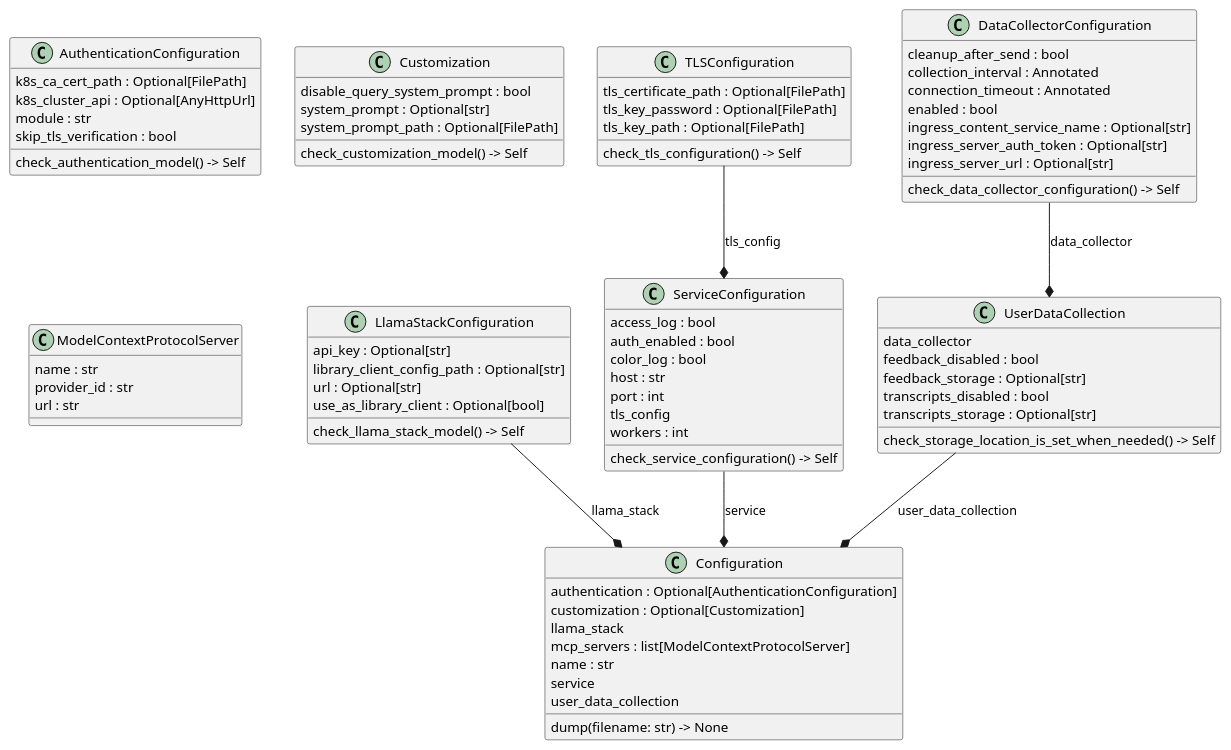
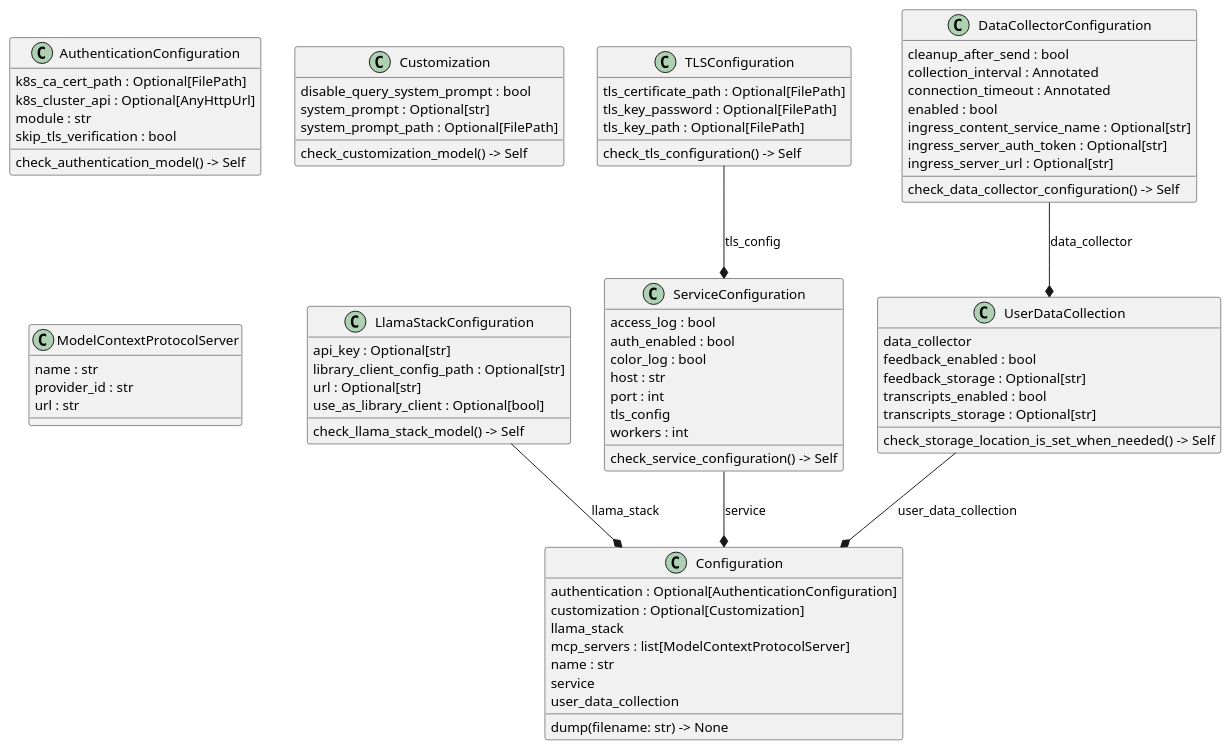
The diagram in docs/config.puml (zszabo-rh/lightspeed-stack), drawn with PlantUML before and after one commit. The commit also changed 23 other files, not shown here.

```diff
--- a/docs/config.puml
+++ b/docs/config.puml
@@ -1,77 +1,77 @@
 @startuml classes
 set namespaceSeparator none
 class "AuthenticationConfiguration" as src.models.config.AuthenticationConfiguration {
   k8s_ca_cert_path : Optional[FilePath]
   k8s_cluster_api : Optional[AnyHttpUrl]
   module : str
   skip_tls_verification : bool
   check_authentication_model() -> Self
 }
 class "Configuration" as src.models.config.Configuration {
   authentication : Optional[AuthenticationConfiguration]
   customization : Optional[Customization]
   llama_stack
   mcp_servers : list[ModelContextProtocolServer]
   name : str
   service
   user_data_collection
   dump(filename: str) -> None
 }
 class "Customization" as src.models.config.Customization {
   disable_query_system_prompt : bool
   system_prompt : Optional[str]
   system_prompt_path : Optional[FilePath]
   check_customization_model() -> Self
 }
 class "DataCollectorConfiguration" as src.models.config.DataCollectorConfiguration {
   cleanup_after_send : bool
   collection_interval : Annotated
   connection_timeout : Annotated
   enabled : bool
   ingress_content_service_name : Optional[str]
   ingress_server_auth_token : Optional[str]
   ingress_server_url : Optional[str]
   check_data_collector_configuration() -> Self
 }
 class "LlamaStackConfiguration" as src.models.config.LlamaStackConfiguration {
   api_key : Optional[str]
   library_client_config_path : Optional[str]
   url : Optional[str]
   use_as_library_client : Optional[bool]
   check_llama_stack_model() -> Self
 }
 class "ModelContextProtocolServer" as src.models.config.ModelContextProtocolServer {
   name : str
   provider_id : str
   url : str
 }
 class "ServiceConfiguration" as src.models.config.ServiceConfiguration {
   access_log : bool
   auth_enabled : bool
   color_log : bool
   host : str
   port : int
   tls_config
   workers : int
   check_service_configuration() -> Self
 }
 class "TLSConfiguration" as src.models.config.TLSConfiguration {
   tls_certificate_path : Optional[FilePath]
   tls_key_password : Optional[FilePath]
   tls_key_path : Optional[FilePath]
   check_tls_configuration() -> Self
 }
 class "UserDataCollection" as src.models.config.UserDataCollection {
   data_collector
-  feedback_disabled : bool
+  feedback_enabled : bool
   feedback_storage : Optional[str]
-  transcripts_disabled : bool
+  transcripts_enabled : bool
   transcripts_storage : Optional[str]
   check_storage_location_is_set_when_needed() -> Self
 }
 src.models.config.DataCollectorConfiguration --* src.models.config.UserDataCollection : data_collector
 src.models.config.LlamaStackConfiguration --* src.models.config.Configuration : llama_stack
 src.models.config.ServiceConfiguration --* src.models.config.Configuration : service
 src.models.config.TLSConfiguration --* src.models.config.ServiceConfiguration : tls_config
 src.models.config.UserDataCollection --* src.models.config.Configuration : user_data_collection
 @enduml
```
